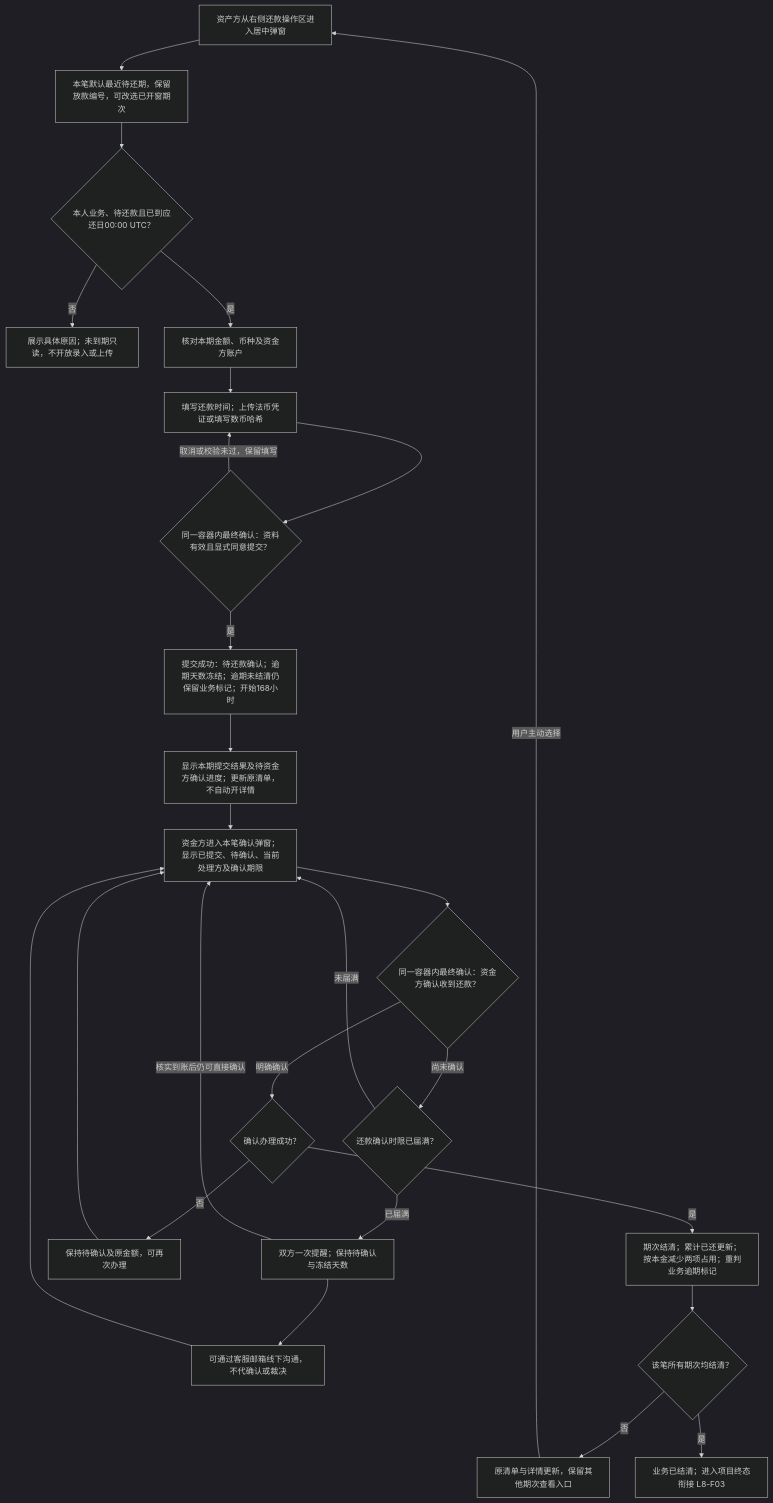
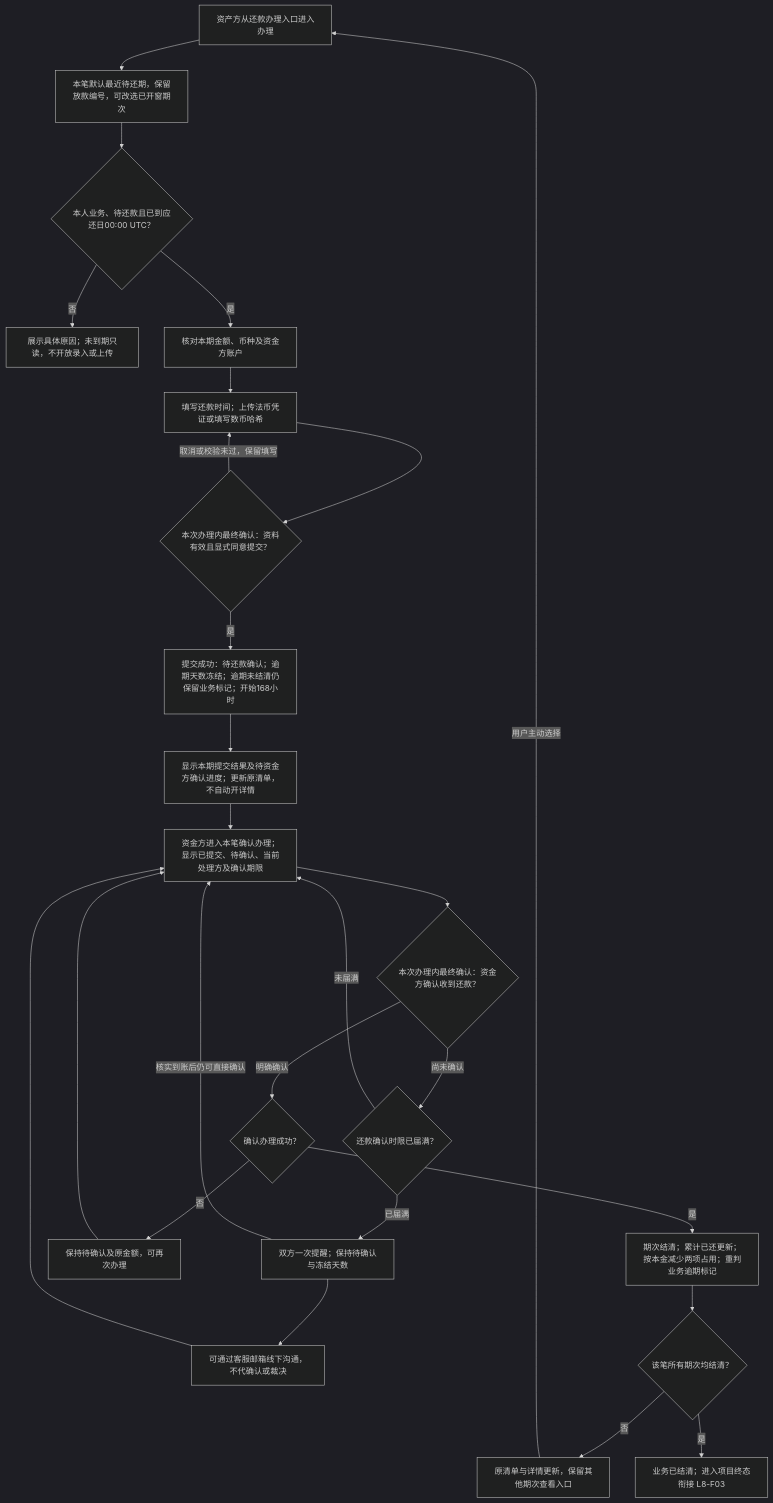
The second of 7 diagrams in lending-platform/PRD/v1.0-借贷广场-还款计划与还款确认/02-还款计划与还款确认-流程图与状态机.md (wxblockchain/Chain-Financing), drawn with Mermaid (dark theme) before and after one commit. The commit also changed other lines of this file and 4 other files, not shown here.

````diff
--- a/lending-platform/PRD/v1.0-借贷广场-还款计划与还款确认/02-还款计划与还款确认-流程图与状态机.md
+++ b/lending-platform/PRD/v1.0-借贷广场-还款计划与还款确认/02-还款计划与还款确认-流程图与状态机.md
@@ -49,28 +49,28 @@
 ```mermaid
 flowchart TD
-  A[资产方从右侧还款操作区进入居中弹窗] --> B[本笔默认最近待还期，保留放款编号，可改选已开窗期次]
+  A[资产方从还款办理入口进入办理] --> B[本笔默认最近待还期，保留放款编号，可改选已开窗期次]
   B --> C{本人业务、待还款且已到应还日00:00 UTC？}
   C -->|否| D[展示具体原因；未到期只读，不开放录入或上传]
   C -->|是| E[核对本期金额、币种及资金方账户]
   E --> F[填写还款时间；上传法币凭证或填写数币哈希]
-  F --> G{同一容器内最终确认：资料有效且显式同意提交？}
+  F --> G{本次办理内最终确认：资料有效且显式同意提交？}
   G -->|取消或校验未过，保留填写| F
   G -->|是| H[提交成功：待还款确认；逾期天数冻结；逾期未结清仍保留业务标记；开始168小时]
   H --> T[显示本期提交结果及待资金方确认进度；更新原清单，不自动开详情]
-  T --> I[资金方进入本笔确认弹窗；显示已提交、待确认、当前处理方及确认期限]
-  I --> J{同一容器内最终确认：资金方确认收到还款？}
+  T --> I[资金方进入本笔确认办理；显示已提交、待确认、当前处理方及确认期限]
+  I --> J{本次办理内最终确认：资金方确认收到还款？}
   J -->|尚未确认| K{还款确认时限已届满？}
   K -->|未届满| I
   K -->|已届满| L[双方一次提醒；保持待确认与冻结天数]
   L --> M[可通过客服邮箱线下沟通，不代确认或裁决]
   L -->|核实到账后仍可直接确认| I
   M --> I
   J -->|明确确认| N{确认办理成功？}
   N -->|否| O[保持待确认及原金额，可再次办理]
   O --> I
   N -->|是| P[期次结清；累计已还更新；按本金减少两项占用；重判业务逾期标记]
   P --> Q{该笔所有期次均结清？}
   Q -->|否| R[原清单与详情更新，保留其他期次查看入口]
   R -->|用户主动选择| A
   Q -->|是| S[业务已结清；进入项目终态衔接 L8-F03]
 ```
````
